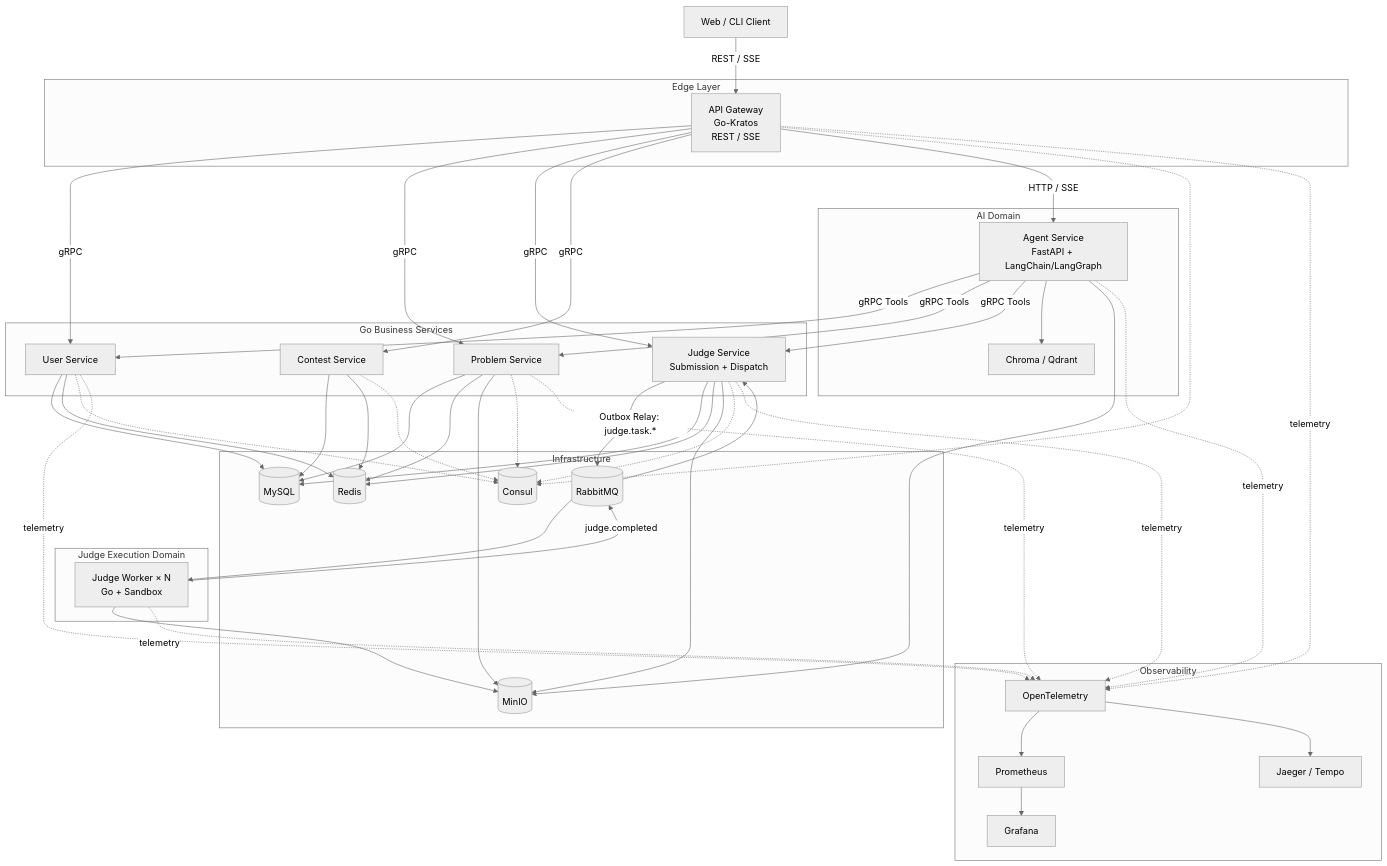
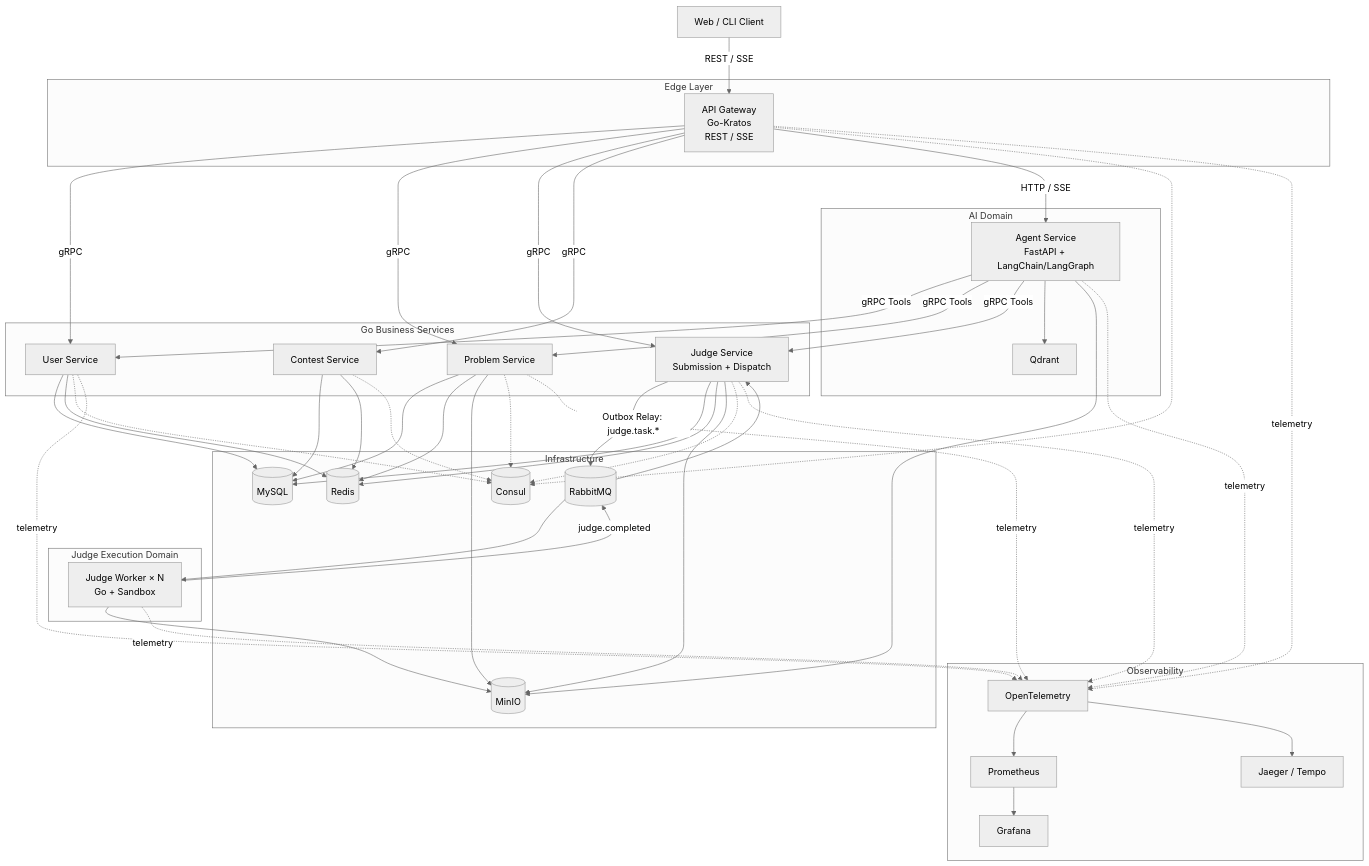
One commit to viggggil/go_oj_agent changed the first of 6 diagrams in docs/architecture.md. Above: the diagram before and after it, drawn with Mermaid (neutral theme). The commit also changed other lines of this file and 248 other files, not shown here.

```diff
--- a/docs/architecture.md
+++ b/docs/architecture.md
@@ -40,7 +40,7 @@
 
     subgraph AI["AI Domain"]
         Agent["Agent Service<br/>FastAPI + LangChain/LangGraph"]
-        Vector["Chroma / Qdrant"]
+        Vector["Qdrant"]
     end
 
     subgraph Infra["Infrastructure"]
```
